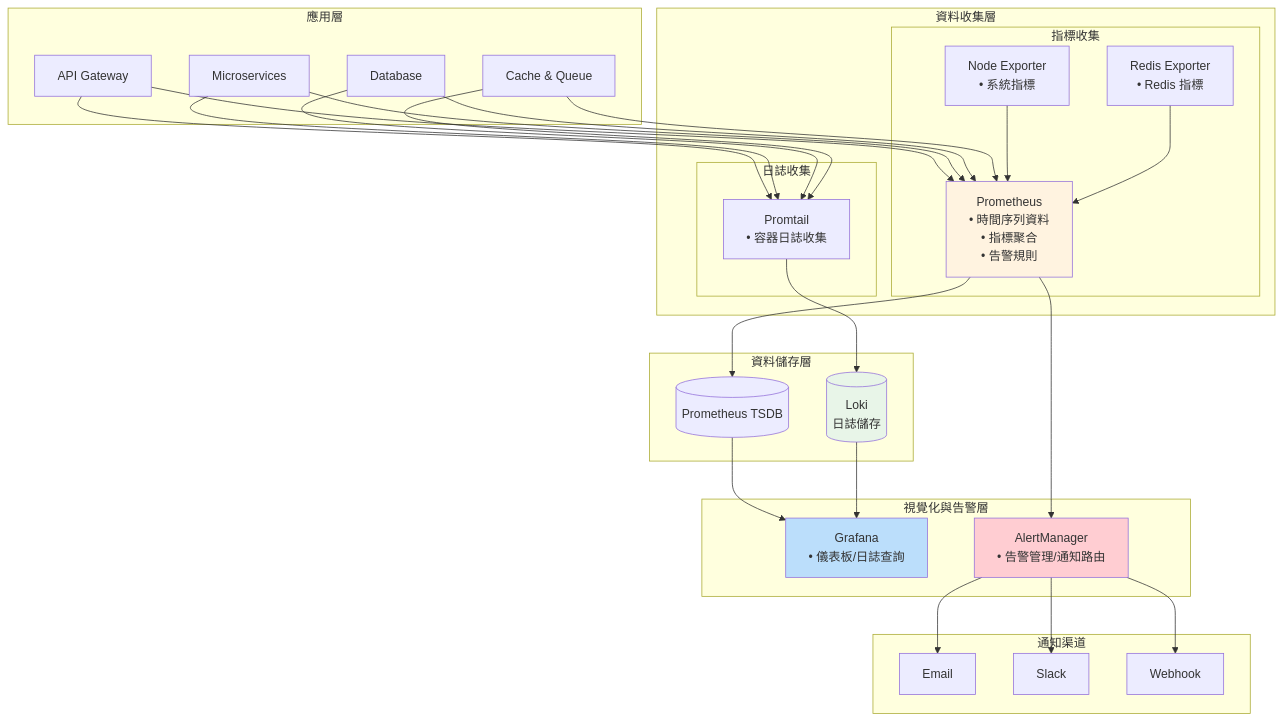
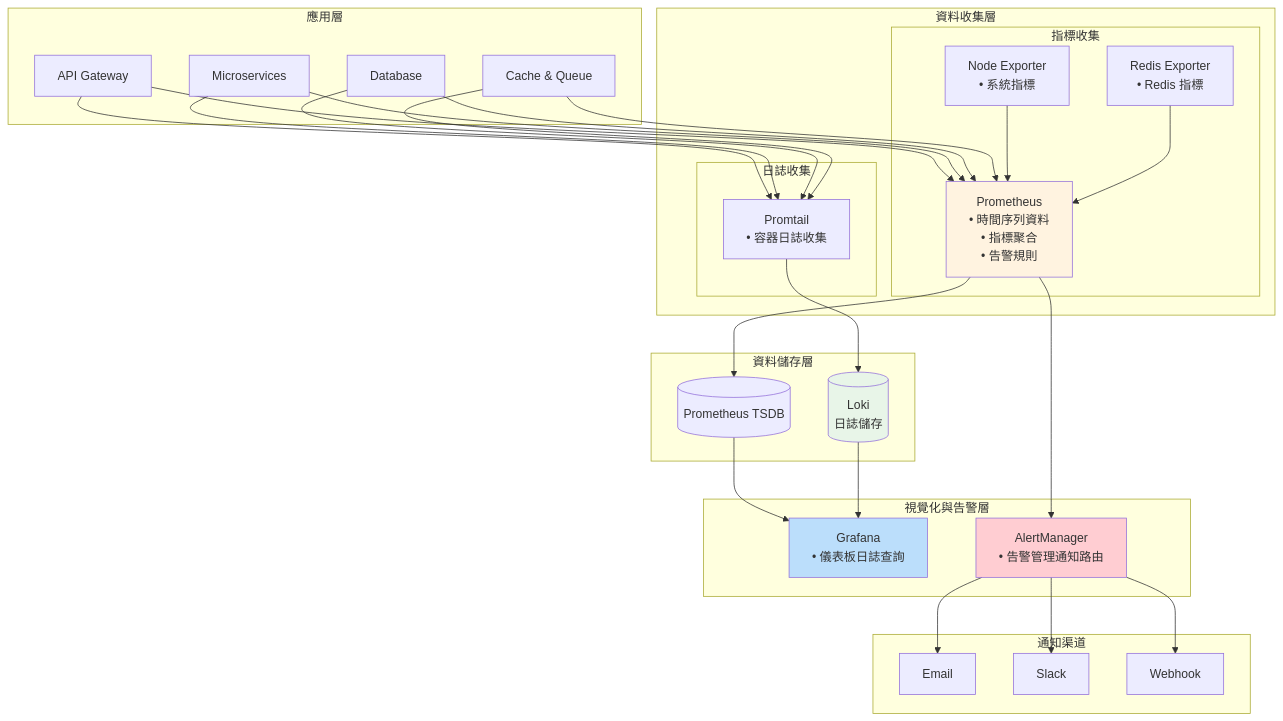
One commit to yangyao/amazon-pilot changed the seventh of 9 diagrams in ARCHITECTURE_DIAGRAMS.md. Above: the diagram before and after it, drawn with Mermaid. The commit also changed other lines of this file, not shown here.

Commit message:
修复架构图

````diff
--- a/ARCHITECTURE_DIAGRAMS.md
+++ b/ARCHITECTURE_DIAGRAMS.md
@@ -449,73 +458,73 @@
 ```mermaid
 graph TB
     subgraph "應用層"
         APP1[API Gateway]
         APP2[Microservices]
         APP3[Database]
         APP4[Cache & Queue]
     end
     
     subgraph "資料收集層"
         subgraph "指標收集"
             PROM[Prometheus<br/>• 時間序列資料<br/>• 指標聚合<br/>• 告警規則]
             
             NODE[Node Exporter<br/>• 系統指標]
             
             REXP[Redis Exporter<br/>• Redis 指標]
         end
         
         subgraph "日誌收集"
             PT[Promtail<br/>• 容器日誌收集]
         end
     end
     
     subgraph "資料儲存層"
         TSDB[(Prometheus TSDB)]
         
         LOKI[(Loki<br/>日誌儲存)]
     end
     
     subgraph "視覺化與告警層"
-        GRAFANA[Grafana<br/>• 儀表板/日誌查詢]
-        
-        ALERT[AlertManager<br/>• 告警管理/通知路由]
+        GRAFANA[Grafana<br/>• 儀表板日誌查詢]
+
+        ALERT[AlertManager<br/>• 告警管理通知路由]
     end
     
     subgraph "通知渠道"
         EMAIL[Email]
         SLACK[Slack]
         WEBHOOK[Webhook]
     end
 
     %% 應用到收集
     APP1 --> PROM
     APP2 --> PROM
     APP3 --> PROM
     APP4 --> PROM
     NODE --> PROM
     REXP --> PROM
     APP1 --> PT
     APP2 --> PT
     APP3 --> PT
     APP4 --> PT
     
     %% 收集到儲存
     PROM --> TSDB
     PT --> LOKI
     
     %% 儲存到視覺化
     TSDB --> GRAFANA
     LOKI --> GRAFANA
     
     PROM --> ALERT
     
     %% 告警到通知
     ALERT --> EMAIL
     ALERT --> SLACK
     ALERT --> WEBHOOK
     
     style PROM fill:#fff3e0
     style LOKI fill:#e8f5e8
     style GRAFANA fill:#bbdefb
     style ALERT fill:#ffcdd2
 ```
````
